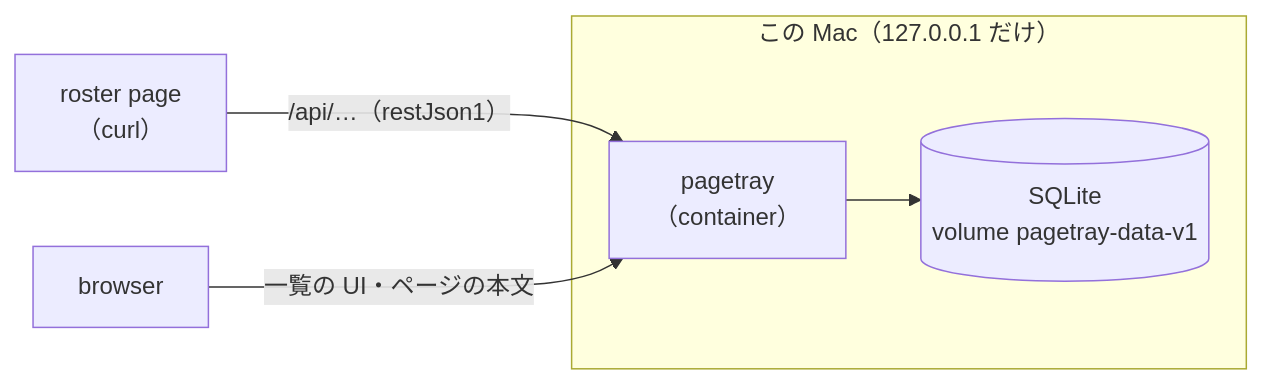
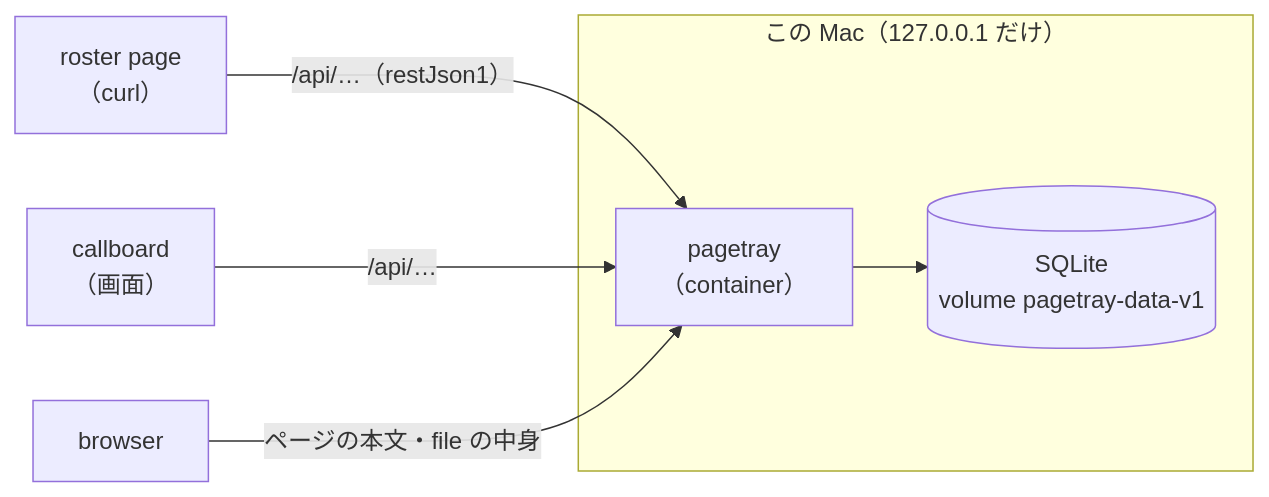
One commit to uraitakahito/pagetray changed the diagram in docs/src/index.md. Above: the diagram before and after it, drawn with Mermaid. The commit also changed other lines of this file and 62 other files, not shown here.

````diff
--- a/docs/src/index.md
+++ b/docs/src/index.md
@@ -6,8 +6,9 @@
 ```mermaid
 flowchart LR
   roster["roster page<br>（curl）"] -->|"/api/…（restJson1）"| srv
-  browser["browser"] -->|"一覧の UI・ページの本文"| srv
+  callboard["callboard<br>（画面）"] -->|"/api/…"| srv
+  browser["browser"] -->|"ページの本文・file の中身"| srv
   subgraph mac["この Mac（127.0.0.1 だけ）"]
     srv["pagetray<br>（container）"] --> db[("SQLite<br>volume pagetray-data-v1")]
   end
 ```
````
